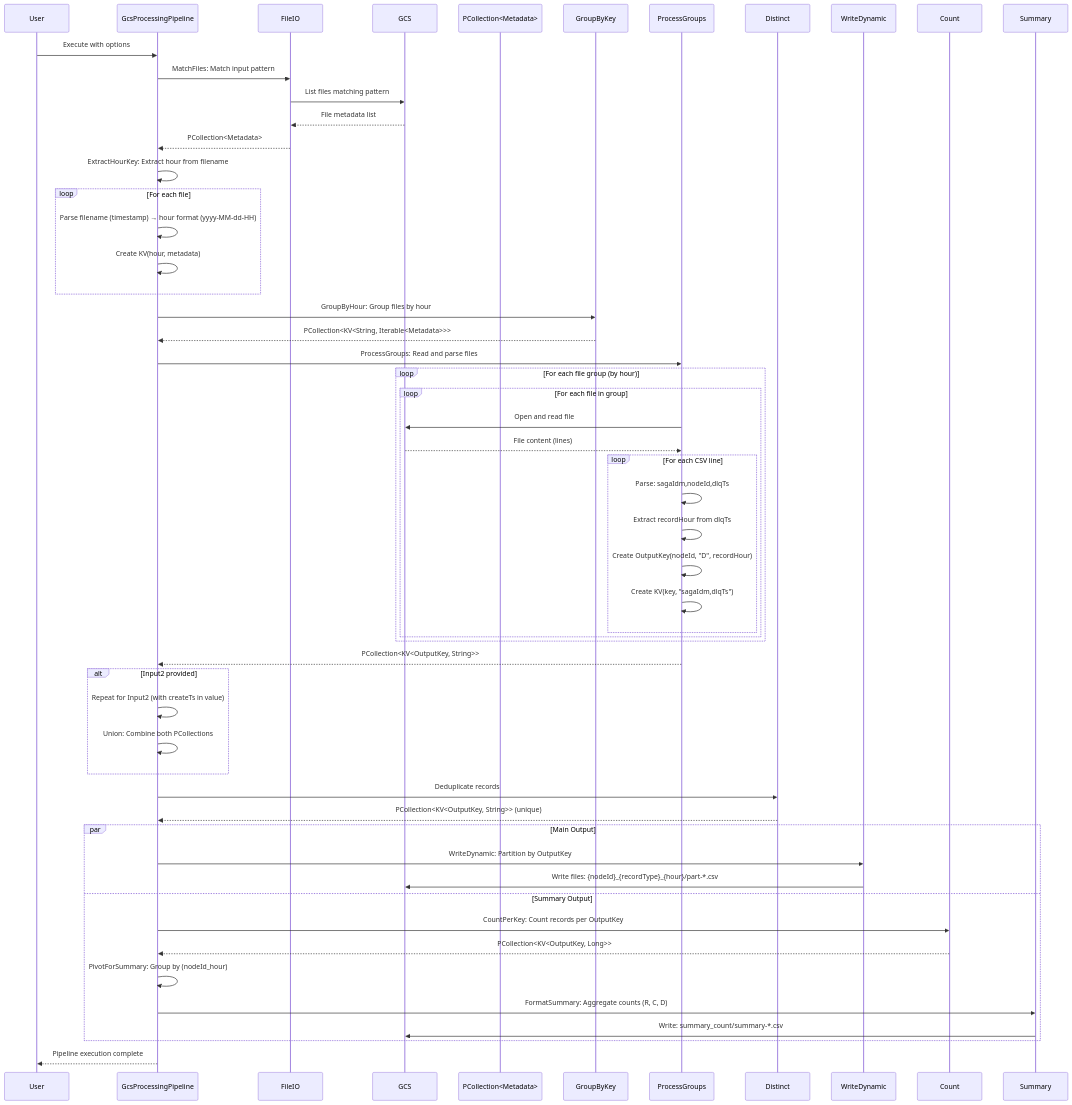
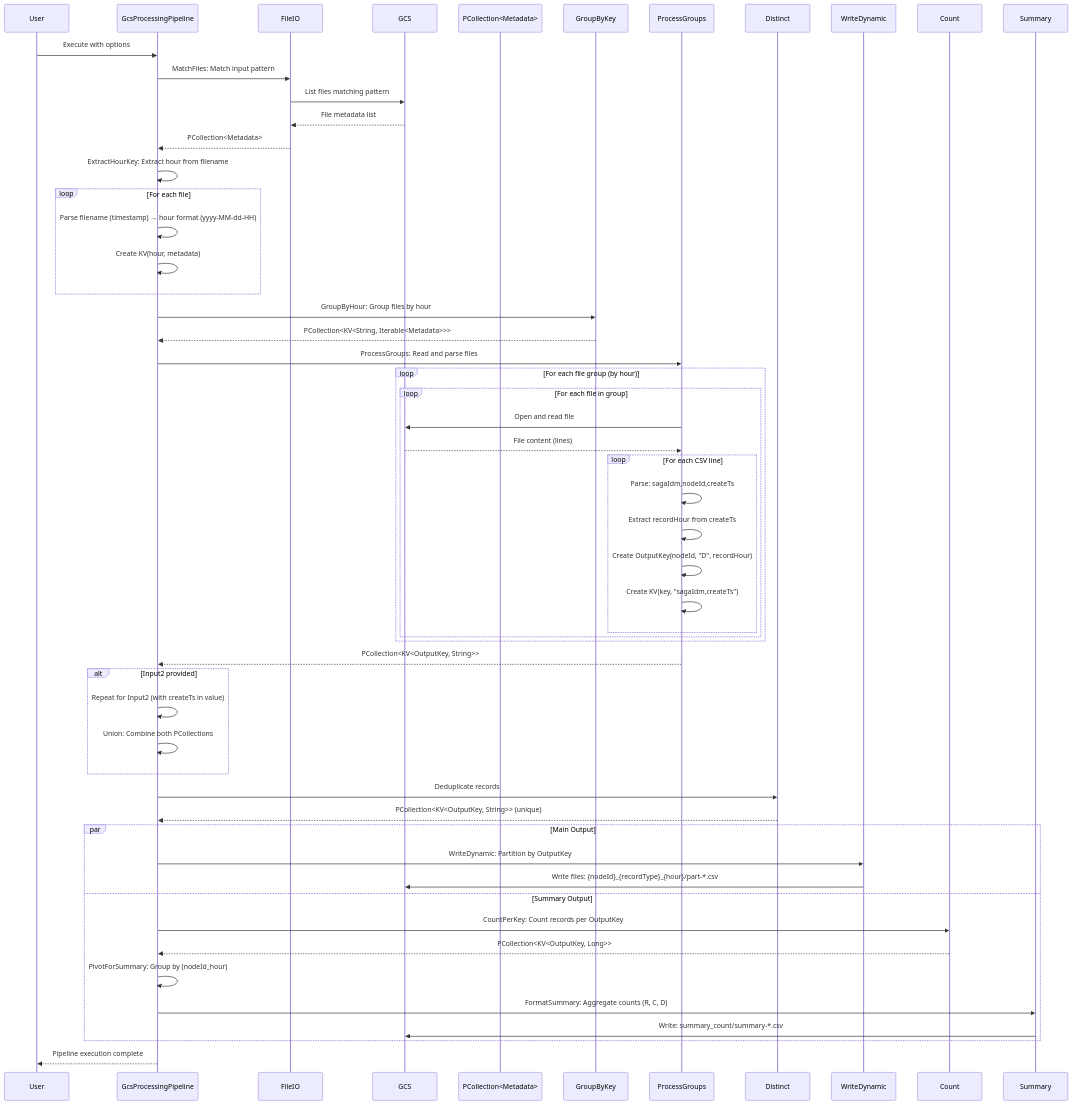
The third of 3 diagrams in README.md (pypanda2050/mybeam), drawn with Mermaid before and after one commit. The commit also changed other lines of this file and 4 other files, not shown here.

````diff
--- a/README.md
+++ b/README.md
@@ -127,65 +127,65 @@
 ```mermaid
 sequenceDiagram
     participant User
     participant Pipeline as GcsProcessingPipeline
     participant FileIO
     participant GCS
     participant PCollection as PCollection<Metadata>
     participant GroupByKey
     participant ProcessGroups
     participant Distinct
     participant WriteDynamic
     participant Count
     participant Summary
     
     User->>Pipeline: Execute with options
     Pipeline->>FileIO: MatchFiles: Match input pattern
     FileIO->>GCS: List files matching pattern
     GCS-->>FileIO: File metadata list
     FileIO-->>Pipeline: PCollection<Metadata>
     
     Pipeline->>Pipeline: ExtractHourKey: Extract hour from filename
     loop For each file
         Pipeline->>Pipeline: Parse filename (timestamp) → hour format (yyyy-MM-dd-HH)
         Pipeline->>Pipeline: Create KV(hour, metadata)
     end
     
     Pipeline->>GroupByKey: GroupByHour: Group files by hour
     GroupByKey-->>Pipeline: PCollection<KV<String, Iterable<Metadata>>>
     
     Pipeline->>ProcessGroups: ProcessGroups: Read and parse files
     loop For each file group (by hour)
         loop For each file in group
             ProcessGroups->>GCS: Open and read file
             GCS-->>ProcessGroups: File content (lines)
             loop For each CSV line
-                ProcessGroups->>ProcessGroups: Parse: sagaIdm,nodeId,dlqTs
-                ProcessGroups->>ProcessGroups: Extract recordHour from dlqTs
+                ProcessGroups->>ProcessGroups: Parse: sagaIdm,nodeId,createTs
+                ProcessGroups->>ProcessGroups: Extract recordHour from createTs
                 ProcessGroups->>ProcessGroups: Create OutputKey(nodeId, "D", recordHour)
-                ProcessGroups->>ProcessGroups: Create KV(key, "sagaIdm,dlqTs")
+                ProcessGroups->>ProcessGroups: Create KV(key, "sagaIdm,createTs")
             end
         end
     end
     ProcessGroups-->>Pipeline: PCollection<KV<OutputKey, String>>
     
     alt Input2 provided
         Pipeline->>Pipeline: Repeat for Input2 (with createTs in value)
         Pipeline->>Pipeline: Union: Combine both PCollections
     end
     
     Pipeline->>Distinct: Deduplicate records
     Distinct-->>Pipeline: PCollection<KV<OutputKey, String>> (unique)
     
     par Main Output
         Pipeline->>WriteDynamic: WriteDynamic: Partition by OutputKey
         WriteDynamic->>GCS: Write files: {nodeId}_{recordType}_{hour}/part-*.csv
     and Summary Output
         Pipeline->>Count: CountPerKey: Count records per OutputKey
         Count-->>Pipeline: PCollection<KV<OutputKey, Long>>
         Pipeline->>Pipeline: PivotForSummary: Group by (nodeId_hour)
         Pipeline->>Summary: FormatSummary: Aggregate counts (R, C, D)
         Summary->>GCS: Write: summary_count/summary-*.csv
     end
     
     Pipeline-->>User: Pipeline execution complete
 ```
````
